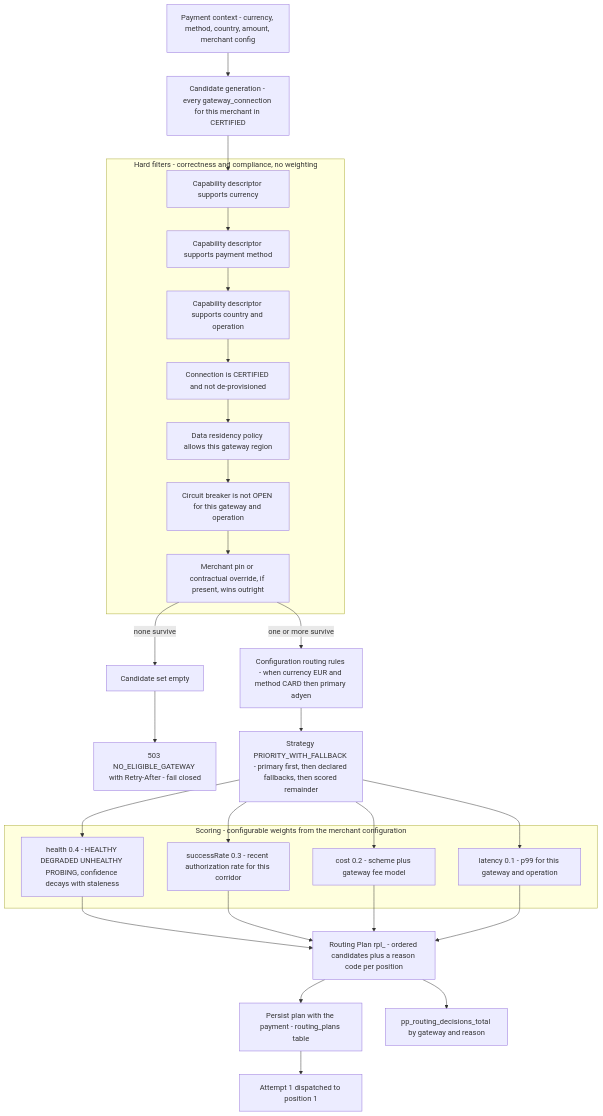
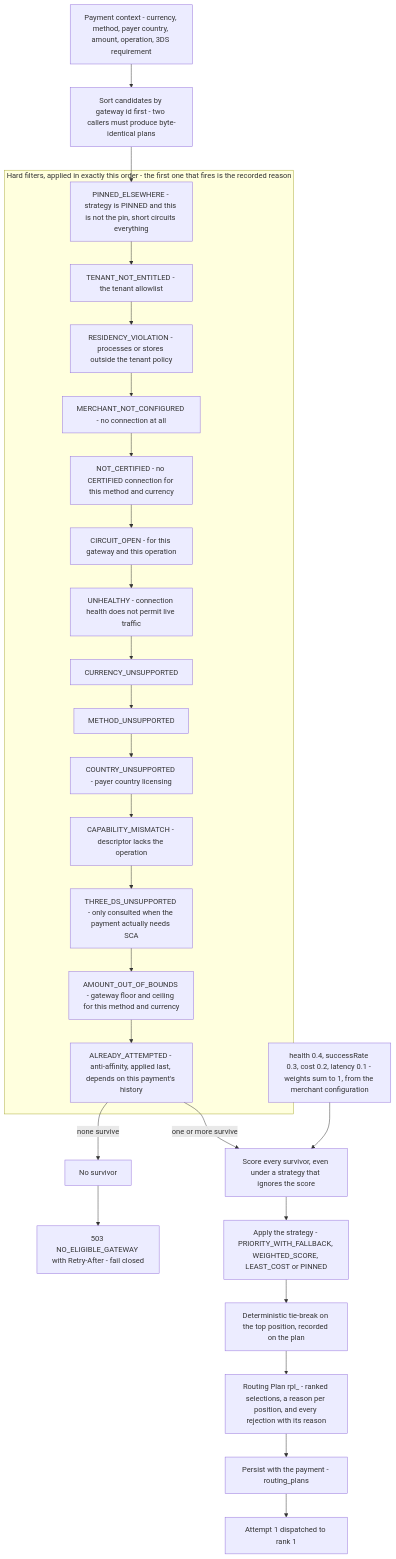
The first of 2 diagrams in docs/diagrams/09-gateway-routing.md (udaykishore-resu/payments-platform), drawn with Mermaid before and after one commit. The commit also changed other lines of this file and 67 other files, not shown here.

````diff
--- a/docs/diagrams/09-gateway-routing.md
+++ b/docs/diagrams/09-gateway-routing.md
@@ -14,46 +15,39 @@
 ```mermaid
 flowchart TB
-  IN["Payment context - currency, method, country, amount, merchant config"]
-  CAND["Candidate generation - every gateway_connection for this merchant in CERTIFIED"]
+  IN["Payment context - currency, method, payer country, amount, operation, 3DS requirement"]
+  SORT["Sort candidates by gateway id first - two callers must produce byte-identical plans"]
 
-  subgraph HARD["Hard filters - correctness and compliance, no weighting"]
-    F1["Capability descriptor supports currency"]
-    F2["Capability descriptor supports payment method"]
-    F3["Capability descriptor supports country and operation"]
-    F4["Connection is CERTIFIED and not de-provisioned"]
-    F5["Data residency policy allows this gateway region"]
-    F6["Circuit breaker is not OPEN for this gateway and operation"]
-    F7["Merchant pin or contractual override, if present, wins outright"]
+  subgraph HARD["Hard filters, applied in exactly this order - the first one that fires is the recorded reason"]
+    F0["PINNED_ELSEWHERE - strategy is PINNED and this is not the pin, short circuits everything"]
+    F1["TENANT_NOT_ENTITLED - the tenant allowlist"]
+    F2["RESIDENCY_VIOLATION - processes or stores outside the tenant policy"]
+    F3["MERCHANT_NOT_CONFIGURED - no connection at all"]
+    F4["NOT_CERTIFIED - no CERTIFIED connection for this method and currency"]
+    F5["CIRCUIT_OPEN - for this gateway and this operation"]
+    F6["UNHEALTHY - connection health does not permit live traffic"]
+    F7["CURRENCY_UNSUPPORTED"]
+    F8["METHOD_UNSUPPORTED"]
+    F9["COUNTRY_UNSUPPORTED - payer country licensing"]
+    F10["CAPABILITY_MISMATCH - descriptor lacks the operation"]
+    F11["THREE_DS_UNSUPPORTED - only consulted when the payment actually needs SCA"]
+    F12["AMOUNT_OUT_OF_BOUNDS - gateway floor and ceiling for this method and currency"]
+    F13["ALREADY_ATTEMPTED - anti-affinity, applied last, depends on this payment's history"]
   end
 
-  EMPTY["Candidate set empty"]
+  EMPTY["No survivor"]
   ERR["503 NO_ELIGIBLE_GATEWAY with Retry-After - fail closed"]
 
-  subgraph SCORE["Scoring - configurable weights from the merchant configuration"]
-    W1["health 0.4 - HEALTHY DEGRADED UNHEALTHY PROBING, confidence decays with staleness"]
-    W2["successRate 0.3 - recent authorization rate for this corridor"]
-    W3["cost 0.2 - scheme plus gateway fee model"]
-    W4["latency 0.1 - p99 for this gateway and operation"]
-  end
+  SCORE["Score every survivor, even under a strategy that ignores the score"]
+  W["health 0.4, successRate 0.3, cost 0.2, latency 0.1 - weights sum to 1, from the merchant configuration"]
+  STRAT["Apply the strategy - PRIORITY_WITH_FALLBACK, WEIGHTED_SCORE, LEAST_COST or PINNED"]
+  TIE["Deterministic tie-break on the top position, recorded on the plan"]
+  PLAN["Routing Plan rpl_ - ranked selections, a reason per position, and every rejection with its reason"]
+  PERSIST["Persist with the payment - routing_plans"]
+  DISPATCH["Attempt 1 dispatched to rank 1"]
 
-  RULES["Configuration routing rules - when currency EUR and method CARD then primary adyen"]
-  STRAT["Strategy PRIORITY_WITH_FALLBACK - primary first, then declared fallbacks, then scored remainder"]
-  PLAN["Routing Plan rpl_ - ordered candidates plus a reason code per position"]
-  PERSIST["Persist plan with the payment - routing_plans table"]
-  METRIC["pp_routing_decisions_total by gateway and reason"]
-  DISPATCH["Attempt 1 dispatched to position 1"]
-
-  IN --> CAND --> F1 --> F2 --> F3 --> F4 --> F5 --> F6 --> F7
-  F7 -->|"none survive"| EMPTY --> ERR
-  F7 -->|"one or more survive"| RULES --> STRAT
-  STRAT --> W1
-  STRAT --> W2
-  STRAT --> W3
-  STRAT --> W4
-  W1 --> PLAN
-  W2 --> PLAN
-  W3 --> PLAN
-  W4 --> PLAN
-  PLAN --> PERSIST --> DISPATCH
-  PLAN --> METRIC
+  IN --> SORT --> F0 --> F1 --> F2 --> F3 --> F4 --> F5 --> F6 --> F7 --> F8 --> F9 --> F10 --> F11 --> F12 --> F13
+  F13 -->|"none survive"| EMPTY --> ERR
+  F13 -->|"one or more survive"| SCORE
+  W --> SCORE
+  SCORE --> STRAT --> TIE --> PLAN --> PERSIST --> DISPATCH
 ```
````
